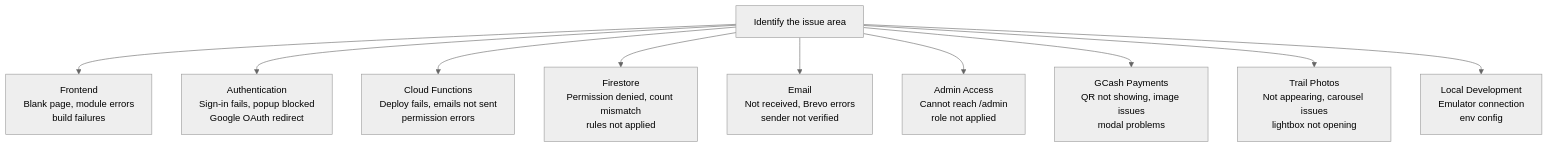
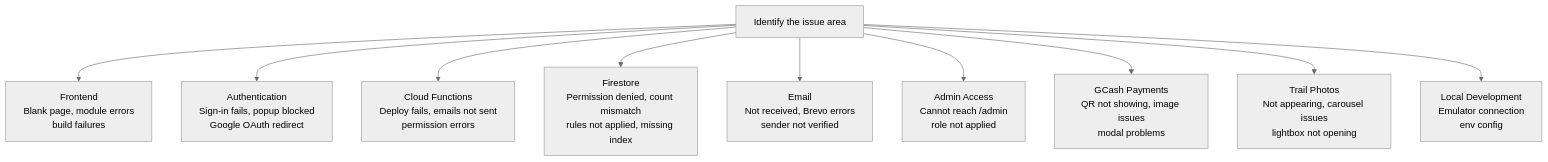
One commit to Oweeboi011/mms-open-climbs changed the first of 5 diagrams in docs/TROUBLESHOOTING.md. Above: the diagram before and after it, drawn with Mermaid (neutral theme). The commit also changed other lines of this file and 9 other files, not shown here.

````diff
--- a/docs/TROUBLESHOOTING.md
+++ b/docs/TROUBLESHOOTING.md
@@ -23,24 +23,24 @@
 ```mermaid
 flowchart TD
     Issue["Identify the issue area"]
 
     FE["Frontend\nBlank page, module errors\nbuild failures"]
     AU["Authentication\nSign-in fails, popup blocked\nGoogle OAuth redirect"]
     CF["Cloud Functions\nDeploy fails, emails not sent\npermission errors"]
-    FS["Firestore\nPermission denied, count mismatch\nrules not applied"]
+    FS["Firestore\nPermission denied, count mismatch\nrules not applied, missing index"]
     EM["Email\nNot received, Brevo errors\nsender not verified"]
     AD["Admin Access\nCannot reach /admin\nrole not applied"]
     GC["GCash Payments\nQR not showing, image issues\nmodal problems"]
     TP["Trail Photos\nNot appearing, carousel issues\nlightbox not opening"]
     LD["Local Development\nEmulator connection\nenv config"]
 
     Issue --> FE
     Issue --> AU
     Issue --> CF
     Issue --> FS
     Issue --> EM
     Issue --> AD
     Issue --> GC
     Issue --> TP
     Issue --> LD
 ```
````
